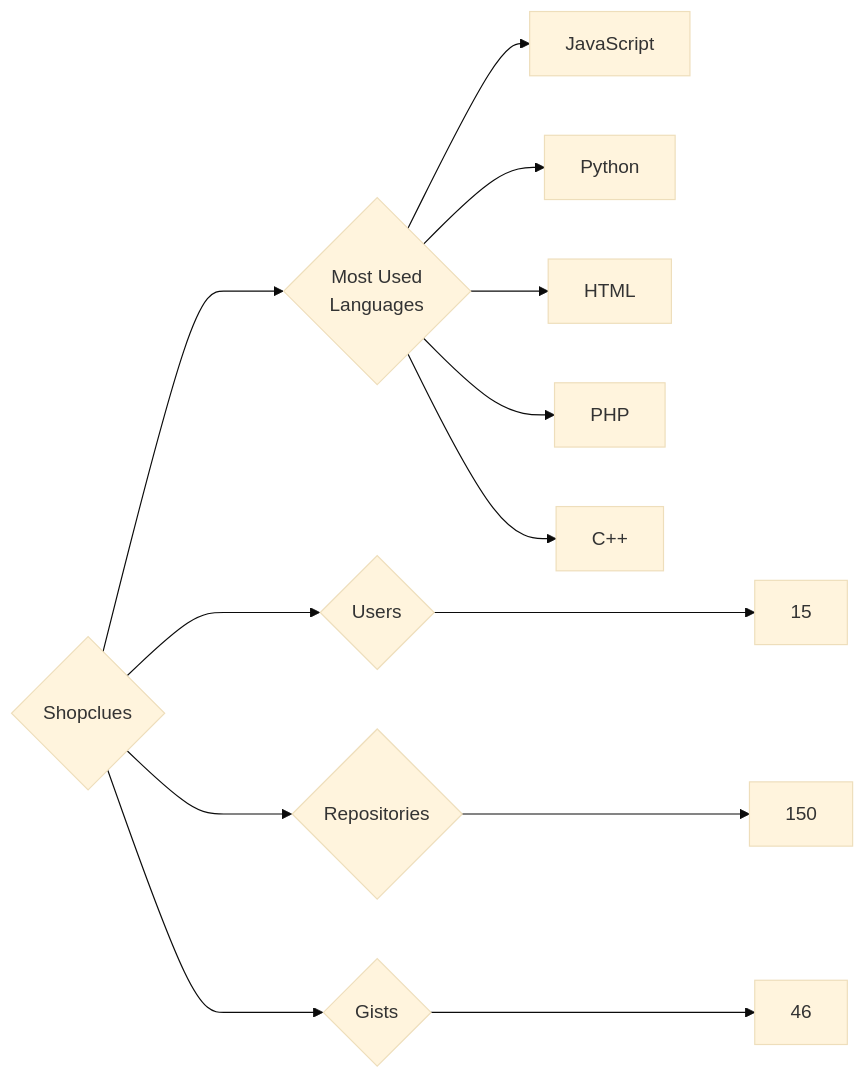
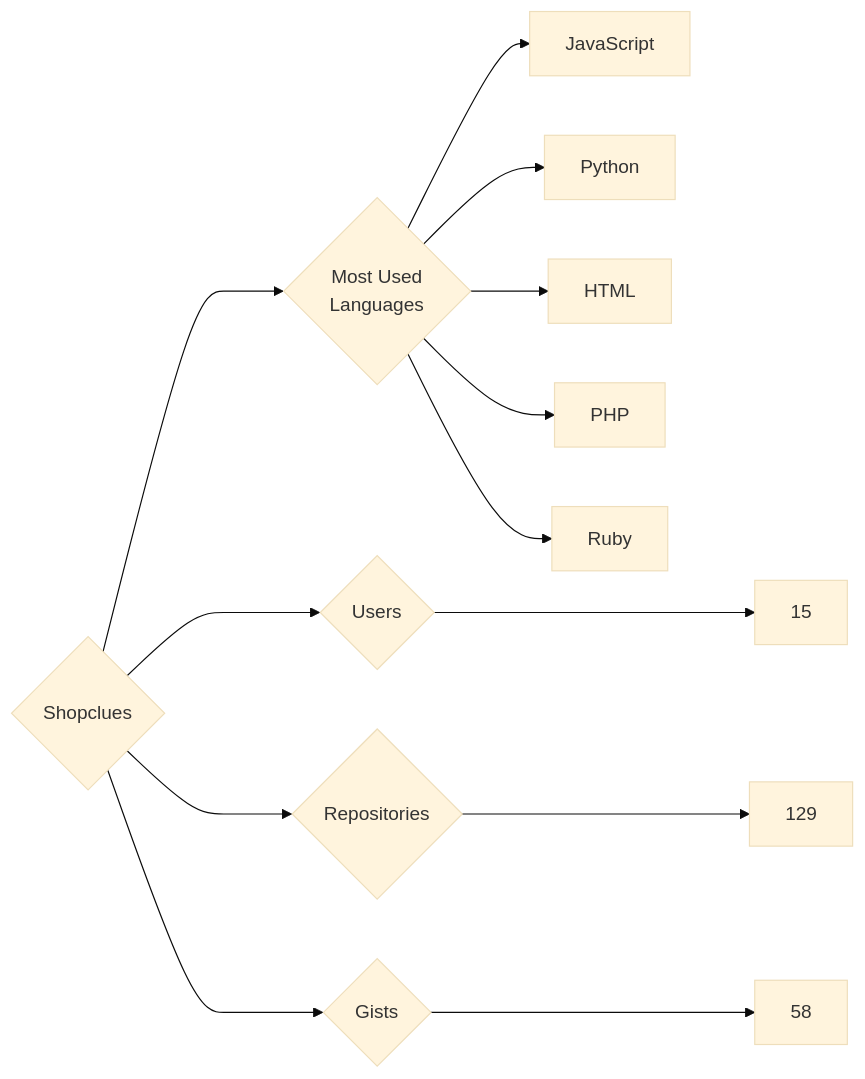
The diagram in targets/Shopclues/README.md (trickest/insiders), drawn with Mermaid (base theme) before and after one commit. The commit also changed 948 other files, not shown here.

````diff
--- a/targets/Shopclues/README.md
+++ b/targets/Shopclues/README.md
@@ -3,13 +3,13 @@
 ```mermaid
 graph LR
 COMPANY_NAME{Shopclues}
 COMPANY_NAME ---> U{Users} ---> UN[15]
-COMPANY_NAME ---> R{Repositories} ---> RN[150]
-COMPANY_NAME ---> G{Gists} ---> GN[46]
+COMPANY_NAME ---> R{Repositories} ---> RN[129]
+COMPANY_NAME ---> G{Gists} ---> GN[58]
 COMPANY_NAME ---> ML{Most Used<br>Languages}
 ML --> JavaScript[JavaScript]
 ML --> Python[Python]
 ML --> HTML[HTML]
 ML --> PHP[PHP]
-ML --> C++[C++]
+ML --> Ruby[Ruby]
 ```
````
